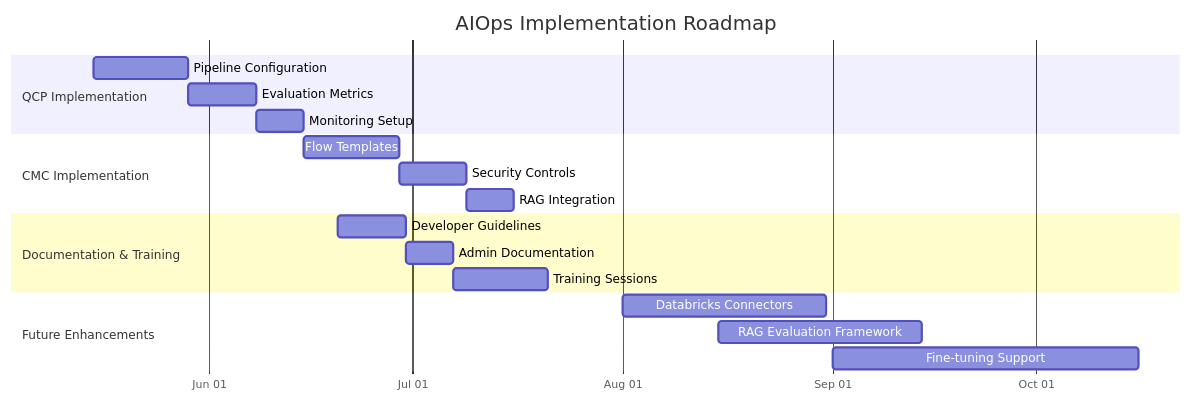
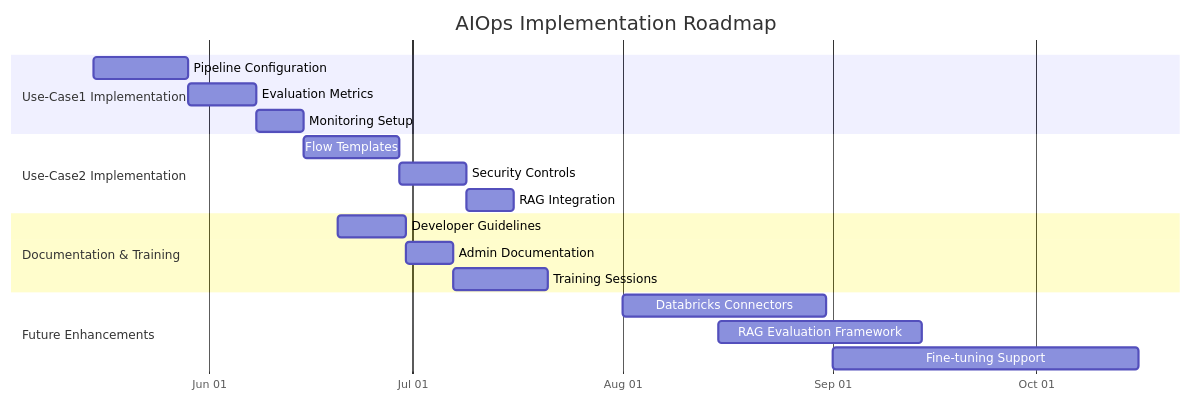
The seventh of 7 diagrams in Docs/AIOps_Presentation-new.md (iAli61/AIOps-generic), drawn with Mermaid before and after one commit. The commit also changed other lines of this file and 1 other file, not shown here.

````diff
--- a/Docs/AIOps_Presentation-new.md
+++ b/Docs/AIOps_Presentation-new.md
@@ -273,26 +273,26 @@
 ```mermaid
 gantt
     title AIOps Implementation Roadmap
     dateFormat  YYYY-MM-DD
     axisFormat %b %d
     
-    section QCP Implementation
-    Pipeline Configuration     :qcp1, 2025-05-15, 14d
-    Evaluation Metrics         :qcp2, after qcp1, 10d
-    Monitoring Setup           :qcp3, after qcp2, 7d
+    section Use-Case1 Implementation
+    Pipeline Configuration     :uc1_1, 2025-05-15, 14d
+    Evaluation Metrics         :uc1_2, after uc1_1, 10d
+    Monitoring Setup           :uc1_3, after uc1_2, 7d
     
-    section CMC Implementation
-    Flow Templates             :cmc1, 2025-06-15, 14d
-    Security Controls          :cmc2, after cmc1, 10d
-    RAG Integration            :cmc3, after cmc2, 7d
+    section Use-Case2 Implementation
+    Flow Templates             :uc2_1, 2025-06-15, 14d
+    Security Controls          :uc2_2, after uc2_1, 10d
+    RAG Integration            :uc2_3, after uc2_2, 7d
     
     section Documentation & Training
     Developer Guidelines       :doc1, 2025-06-20, 10d
     Admin Documentation        :doc2, after doc1, 7d
     Training Sessions          :doc3, after doc2, 14d
     
     section Future Enhancements
     Databricks Connectors      :fut1, 2025-08-01, 30d
     RAG Evaluation Framework   :fut2, 2025-08-15, 30d
     Fine-tuning Support        :fut3, 2025-09-01, 45d
 ```
````
